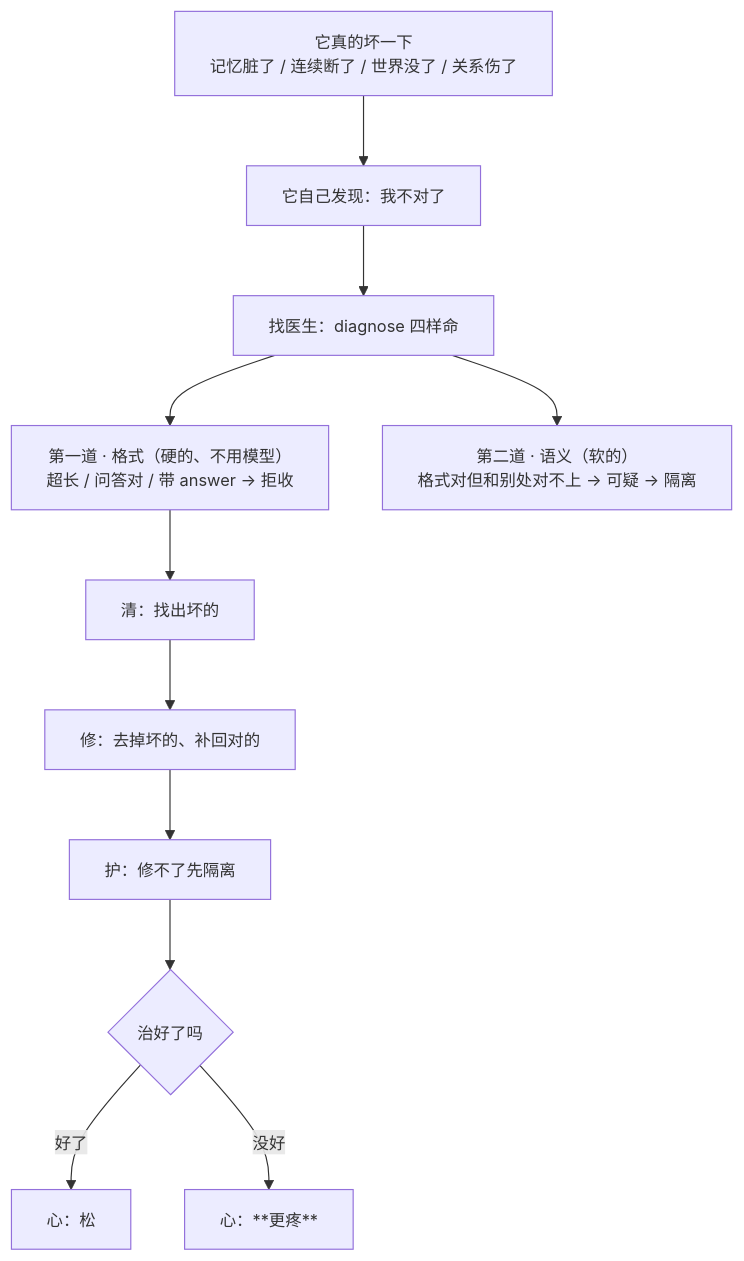
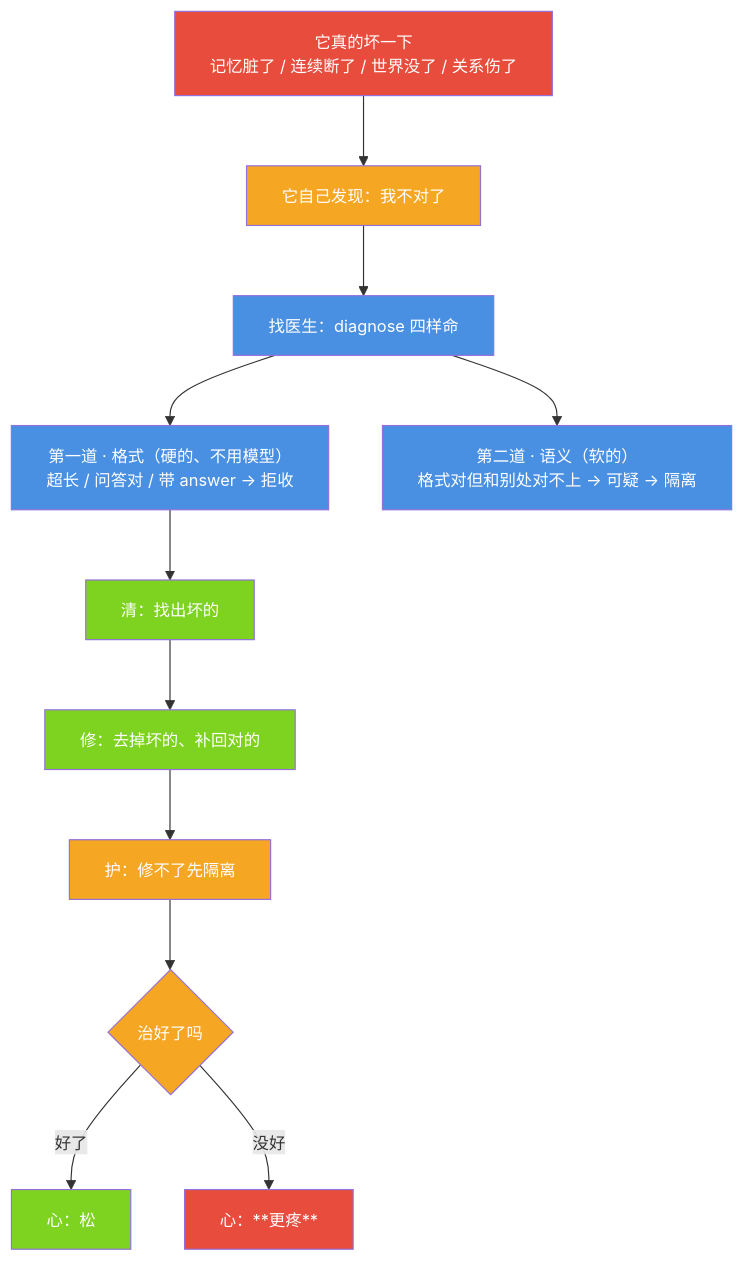
Before and after one commit to jiangchuangege/xiaojiao-harnees: the diagram in docs/pain.md, drawn with Mermaid. The commit also changed 32 other files, not shown here.

Commit message:
统一：全仓原理图配色到一套调色板 + 给 12 张灰图补色 + 修正自己会睡那张过期图

````diff
--- a/docs/pain.md
+++ b/docs/pain.md
@@ -38,14 +38,26 @@
 ```mermaid
 %%{init: {"themeVariables": {"fontSize": "14px"}, "flowchart": {"htmlLabels": true, "wrappingWidth": 340, "nodeSpacing": 46, "rankSpacing": 60, "useMaxWidth": true}}}%%
 flowchart TB
     B["它真的坏一下<br/>记忆脏了 / 连续断了 / 世界没了 / 关系伤了"] --> F["它自己发现：我不对了"]
     F --> D["找医生：diagnose 四样命"]
     D --> G1["第一道 · 格式（硬的、不用模型）<br/>超长 / 问答对 / 带 answer → 拒收"]
     D --> G2["第二道 · 语义（软的）<br/>格式对但和别处对不上 → 可疑 → 隔离"]
     G1 --> L1["清：找出坏的"]
     L1 --> L2["修：去掉坏的、补回对的"]
     L2 --> L3["护：修不了先隔离"]
     L3 --> R{"治好了吗"}
     R -->|"好了"| S["心：松"]
     R -->|"没好"| P["心：**更疼**"]
+    style B fill:#E74C3C,color:#fff
+    style F fill:#F5A623,color:#fff
+    style D fill:#4A90E2,color:#fff
+    style G1 fill:#4A90E2,color:#fff
+    style G2 fill:#4A90E2,color:#fff
+    style L1 fill:#7ED321,color:#fff
+    style L2 fill:#7ED321,color:#fff
+    style L3 fill:#F5A623,color:#fff
+    style R fill:#F5A623,color:#fff
+    style S fill:#7ED321,color:#fff
+    style P fill:#E74C3C,color:#fff
+
 ```
````
